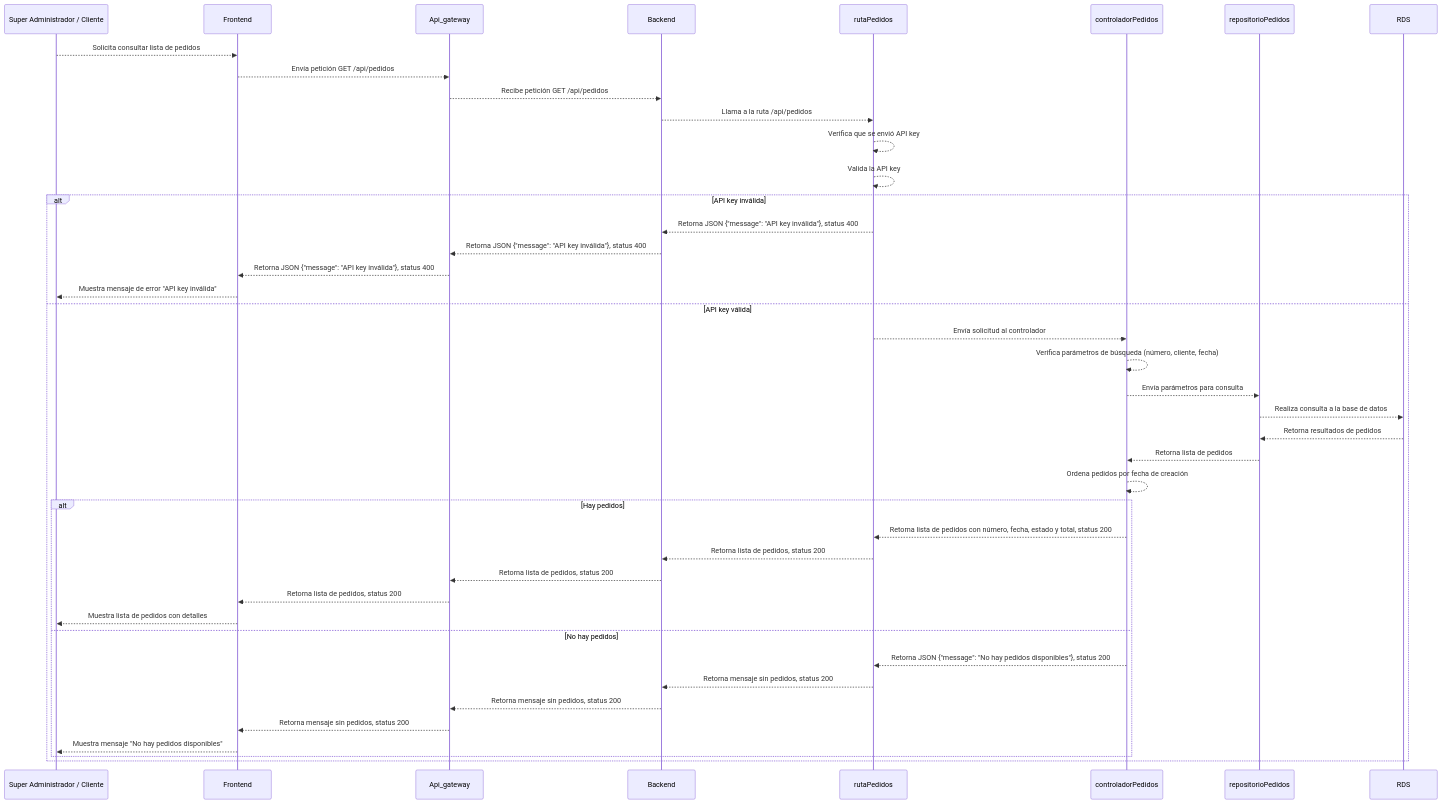
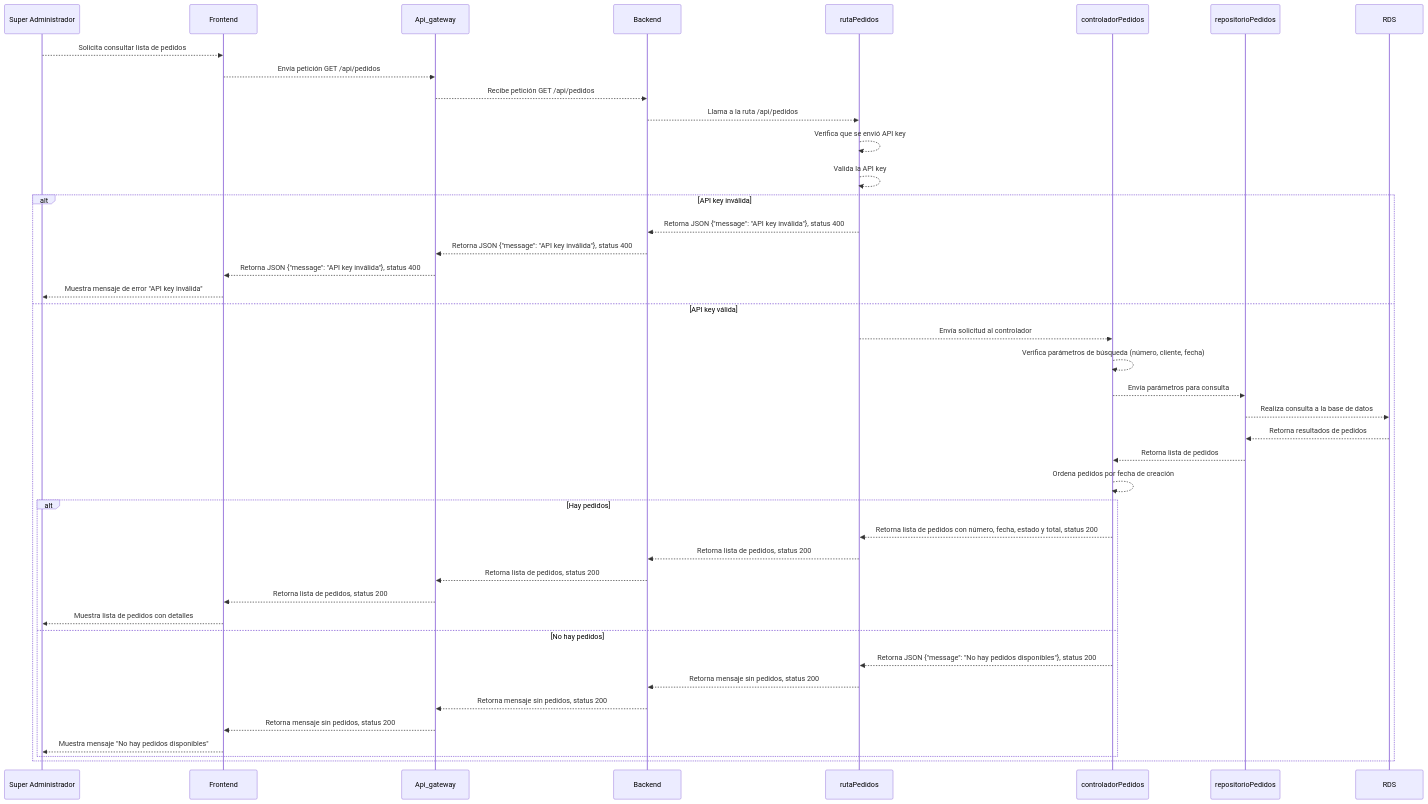
One commit to CodeAnd-Co/Documentacion changed the diagram in documentation/docs/proyectos/textiles/documentacion/requisitos/RF60.md. Above: the diagram before and after it, drawn with Mermaid. The commit also changed other lines of this file and 10 other files, not shown here.

````diff
--- a/documentation/docs/proyectos/textiles/documentacion/requisitos/RF60.md
+++ b/documentation/docs/proyectos/textiles/documentacion/requisitos/RF60.md
@@ -34,48 +34,48 @@
 ```mermaid
 sequenceDiagram
-participant Usuario as Super Administrador / Cliente
+participant Usuario as Super Administrador
 participant Frontend
 participant Api_gateway
 participant Backend
 participant rutaPedidos
 participant controladorPedidos
 participant repositorioPedidos
 participant RDS
 
     Usuario -->> Frontend: Solicita consultar lista de pedidos
     Frontend -->> Api_gateway: Envía petición GET /api/pedidos
     Api_gateway -->> Backend: Recibe petición GET /api/pedidos
     Backend -->> rutaPedidos: Llama a la ruta /api/pedidos
     rutaPedidos -->> rutaPedidos: Verifica que se envió API key
     rutaPedidos -->> rutaPedidos: Valida la API key
 
     alt API key inválida
         rutaPedidos -->> Backend: Retorna JSON {"message": "API key inválida"}, status 400
         Backend -->> Api_gateway: Retorna JSON {"message": "API key inválida"}, status 400
         Api_gateway -->> Frontend: Retorna JSON {"message": "API key inválida"}, status 400
         Frontend -->> Usuario: Muestra mensaje de error "API key inválida"
     else API key válida
         rutaPedidos -->> controladorPedidos: Envía solicitud al controlador
         controladorPedidos -->> controladorPedidos: Verifica parámetros de búsqueda (número, cliente, fecha)
 
         controladorPedidos -->> repositorioPedidos: Envía parámetros para consulta
         repositorioPedidos -->> RDS: Realiza consulta a la base de datos
         RDS -->> repositorioPedidos: Retorna resultados de pedidos
         repositorioPedidos -->> controladorPedidos: Retorna lista de pedidos
         controladorPedidos -->> controladorPedidos: Ordena pedidos por fecha de creación
 
         alt Hay pedidos
             controladorPedidos -->> rutaPedidos: Retorna lista de pedidos con número, fecha, estado y total, status 200
             rutaPedidos -->> Backend: Retorna lista de pedidos, status 200
             Backend -->> Api_gateway: Retorna lista de pedidos, status 200
             Api_gateway -->> Frontend: Retorna lista de pedidos, status 200
             Frontend -->> Usuario: Muestra lista de pedidos con detalles
         else No hay pedidos
             controladorPedidos -->> rutaPedidos: Retorna JSON {"message": "No hay pedidos disponibles"}, status 200
             rutaPedidos -->> Backend: Retorna mensaje sin pedidos, status 200
             Backend -->> Api_gateway: Retorna mensaje sin pedidos, status 200
             Api_gateway -->> Frontend: Retorna mensaje sin pedidos, status 200
             Frontend -->> Usuario: Muestra mensaje "No hay pedidos disponibles"
         end
     end
 ```
````
